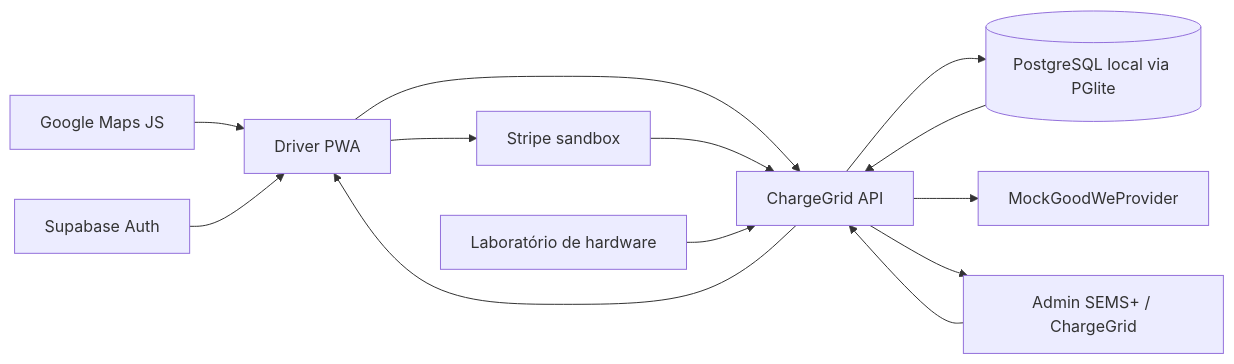
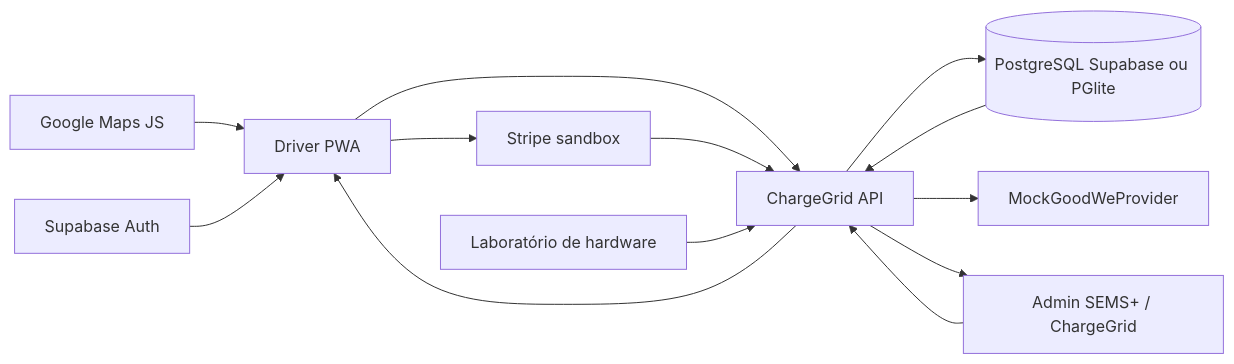
Before and after one commit to PtiagoM/Charge-Grid-Intelligence: the first of 2 diagrams in README.md, drawn with Mermaid. The commit also changed other lines of this file and 27 other files, not shown here.

````diff
--- a/README.md
+++ b/README.md
@@ -11,15 +27,15 @@
 ```mermaid
 flowchart LR
     Maps[Google Maps JS] --> PWA[Driver PWA]
     Auth[Supabase Auth] --> PWA
     PWA --> Stripe[Stripe sandbox]
     PWA --> API[ChargeGrid API]
     Stripe --> API
     Admin[Admin SEMS+ / ChargeGrid] --> API
     Lab[Laboratório de hardware] --> API
-    API --> DB[(PostgreSQL local via PGlite)]
+    API --> DB[(PostgreSQL Supabase ou PGlite)]
     API --> Provider[MockGoodWeProvider]
     DB --> API
     API --> PWA
     API --> Admin
 ```
````
